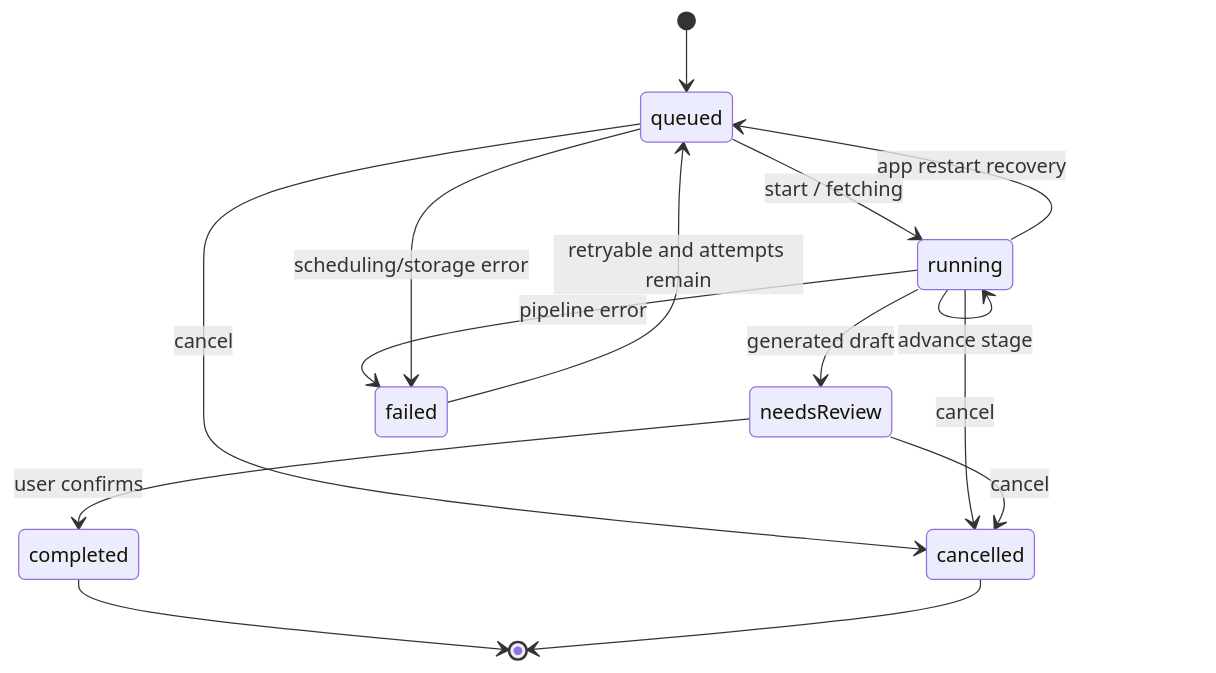
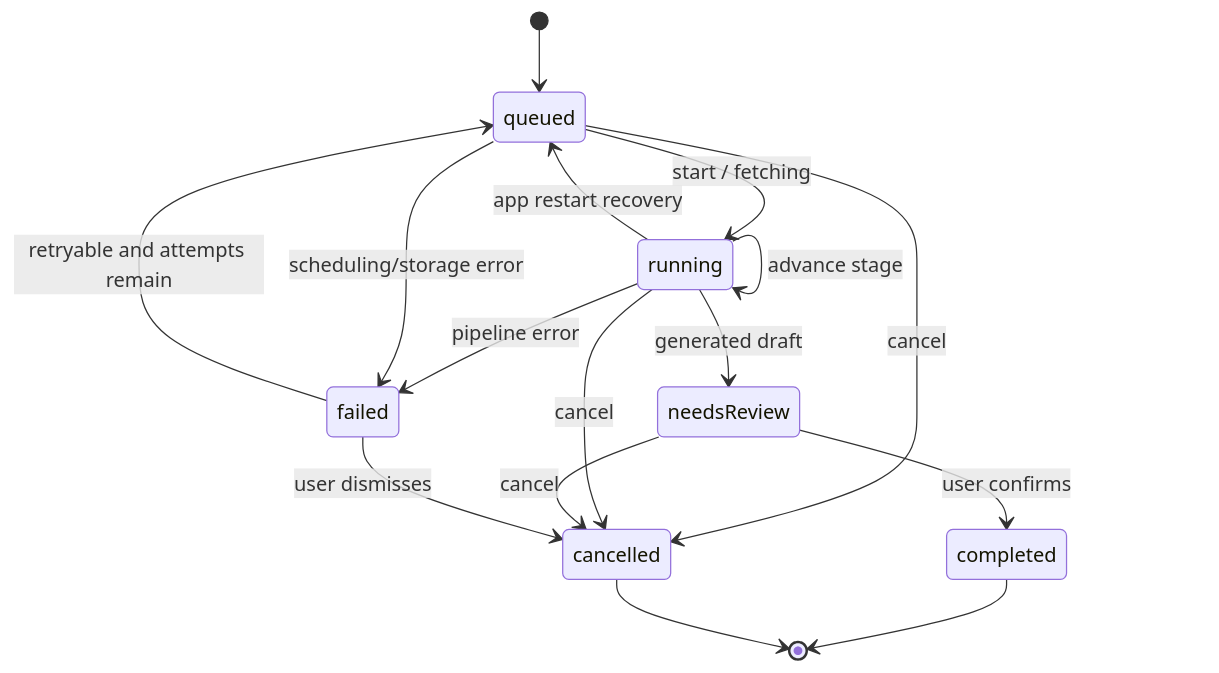
One commit to zisjugoudan/ai-recipe changed the diagram in docs/architecture/IMPORT_PIPELINE.md. Above: the diagram before and after it, drawn with Mermaid. The commit also changed other lines of this file and 129 other files, not shown here.

````diff
--- a/docs/architecture/IMPORT_PIPELINE.md
+++ b/docs/architecture/IMPORT_PIPELINE.md
@@ -71,17 +72,18 @@
 ```mermaid
 stateDiagram-v2
     [*] --> queued
     queued --> running: start / fetching
     running --> running: advance stage
     running --> needsReview: generated draft
     needsReview --> completed: user confirms
     queued --> cancelled: cancel
     running --> cancelled: cancel
     needsReview --> cancelled: cancel
     running --> failed: pipeline error
     queued --> failed: scheduling/storage error
     failed --> queued: retryable and attempts remain
+    failed --> cancelled: user dismisses
     running --> queued: app restart recovery
     completed --> [*]
     cancelled --> [*]
 ```
````
